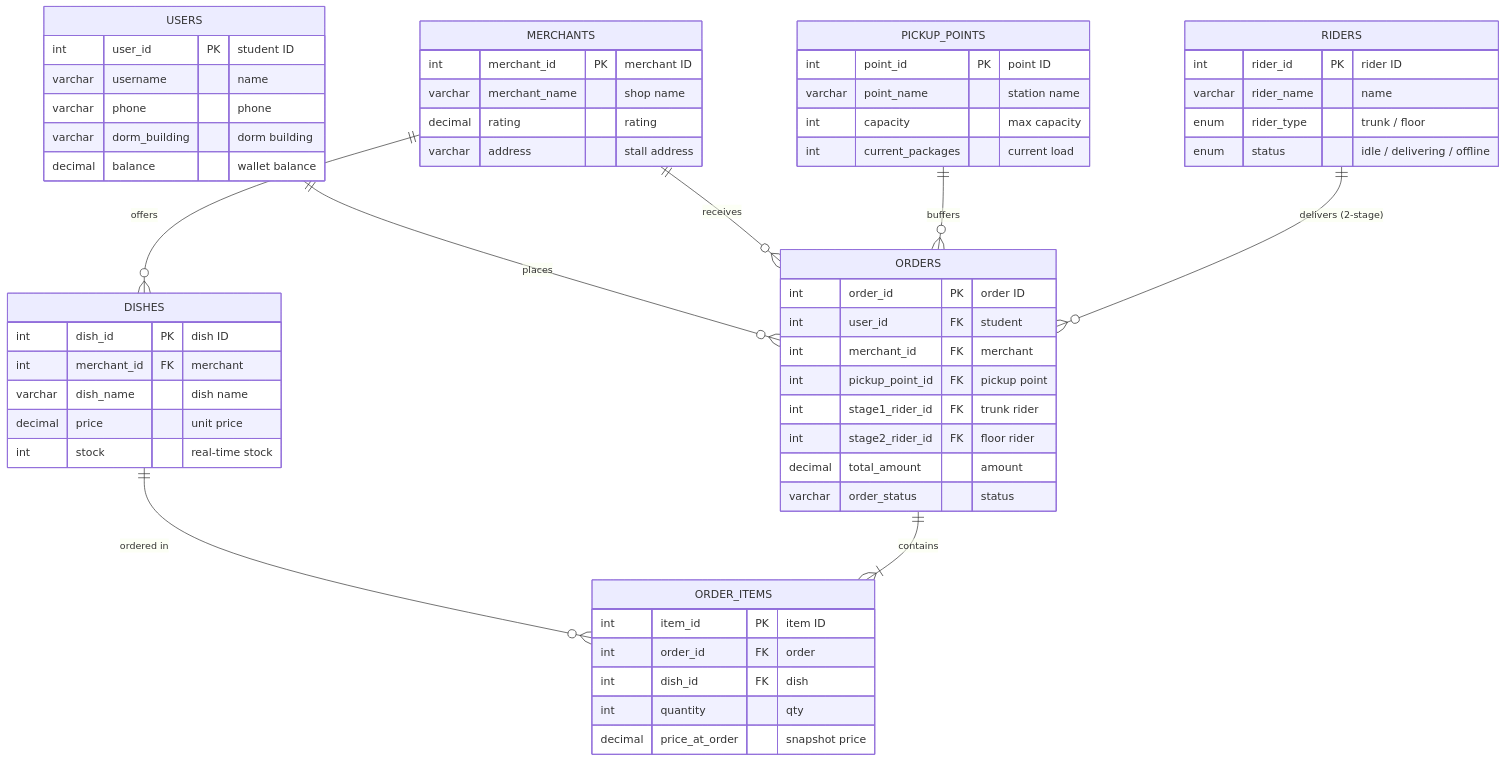
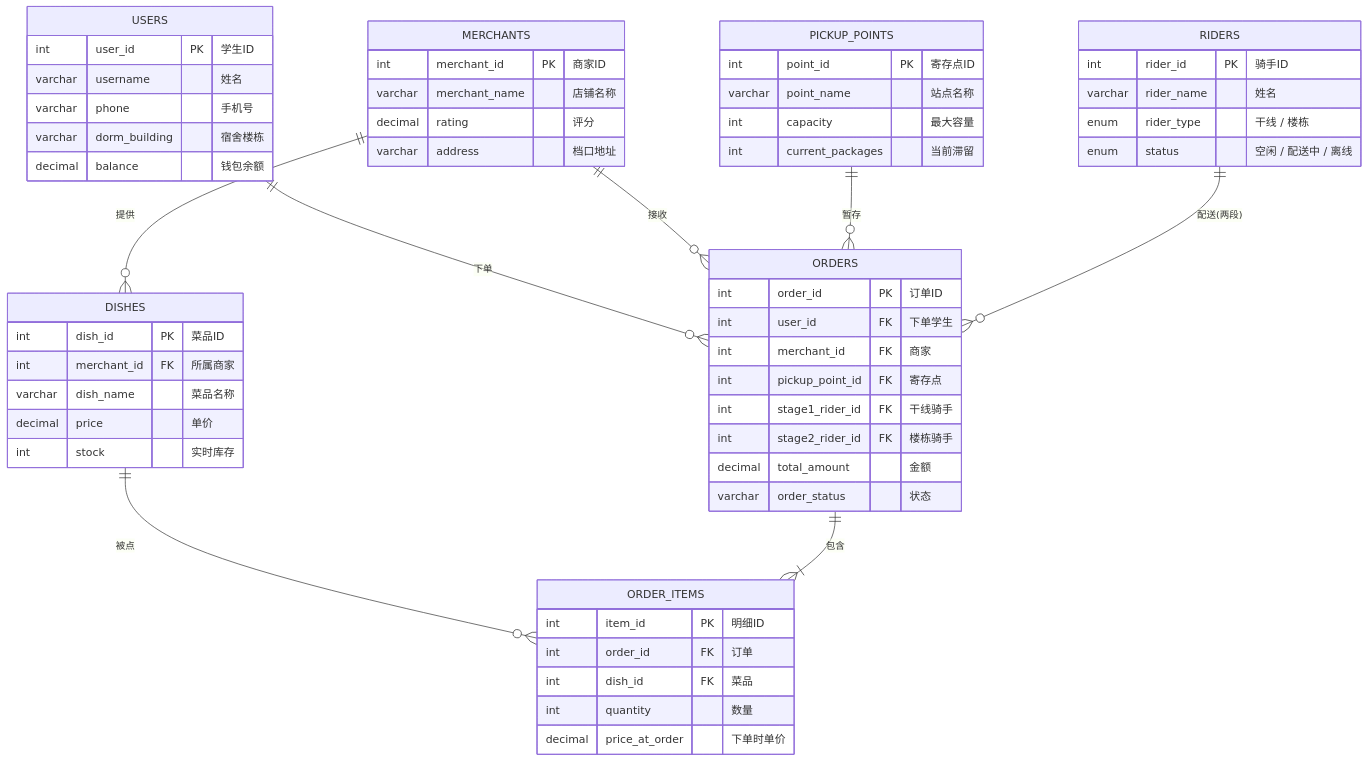
The diagram in README.md (sou1maker/database), drawn with Mermaid before and after one commit. The commit also changed other lines of this file and 2 other files, not shown here.

````diff
--- a/README.md
+++ b/README.md
@@ -51,66 +51,66 @@
 ```mermaid
 erDiagram
-    USERS ||--o{ ORDERS : "places"
-    MERCHANTS ||--o{ DISHES : "offers"
-    MERCHANTS ||--o{ ORDERS : "receives"
-    DISHES ||--o{ ORDER_ITEMS : "ordered in"
-    ORDERS ||--|{ ORDER_ITEMS : "contains"
-    PICKUP_POINTS ||--o{ ORDERS : "buffers"
-    RIDERS ||--o{ ORDERS : "delivers (2-stage)"
+    USERS ||--o{ ORDERS : "下单"
+    MERCHANTS ||--o{ DISHES : "提供"
+    MERCHANTS ||--o{ ORDERS : "接收"
+    DISHES ||--o{ ORDER_ITEMS : "被点"
+    ORDERS ||--|{ ORDER_ITEMS : "包含"
+    PICKUP_POINTS ||--o{ ORDERS : "暂存"
+    RIDERS ||--o{ ORDERS : "配送(两段)"
 
     USERS {
-        int user_id PK "student ID"
-        varchar username "name"
-        varchar phone "phone"
-        varchar dorm_building "dorm building"
-        decimal balance "wallet balance"
+        int user_id PK "学生ID"
+        varchar username "姓名"
+        varchar phone "手机号"
+        varchar dorm_building "宿舍楼栋"
+        decimal balance "钱包余额"
     }
 
     MERCHANTS {
-        int merchant_id PK "merchant ID"
-        varchar merchant_name "shop name"
-        decimal rating "rating"
-        varchar address "stall address"
+        int merchant_id PK "商家ID"
+        varchar merchant_name "店铺名称"
+        decimal rating "评分"
+        varchar address "档口地址"
     }
 
     DISHES {
-        int dish_id PK "dish ID"
-        int merchant_id FK "merchant"
-        varchar dish_name "dish name"
-        decimal price "unit price"
-        int stock "real-time stock"
+        int dish_id PK "菜品ID"
+        int merchant_id FK "所属商家"
+        varchar dish_name "菜品名称"
+        decimal price "单价"
+        int stock "实时库存"
     }
 
     PICKUP_POINTS {
-        int point_id PK "point ID"
-        varchar point_name "station name"
-        int capacity "max capacity"
-        int current_packages "current load"
+        int point_id PK "寄存点ID"
+        varchar point_name "站点名称"
+        int capacity "最大容量"
+        int current_packages "当前滞留"
     }
 
     RIDERS {
-        int rider_id PK "rider ID"
-        varchar rider_name "name"
-        enum rider_type "trunk / floor"
-        enum status "idle / delivering / offline"
+        int rider_id PK "骑手ID"
+        varchar rider_name "姓名"
+        enum rider_type "干线 / 楼栋"
+        enum status "空闲 / 配送中 / 离线"
     }
 
     ORDERS {
-        int order_id PK "order ID"
-        int user_id FK "student"
-        int merchant_id FK "merchant"
-        int pickup_point_id FK "pickup point"
-        int stage1_rider_id FK "trunk rider"
-        int stage2_rider_id FK "floor rider"
-        decimal total_amount "amount"
-        varchar order_status "status"
+        int order_id PK "订单ID"
+        int user_id FK "下单学生"
+        int merchant_id FK "商家"
+        int pickup_point_id FK "寄存点"
+        int stage1_rider_id FK "干线骑手"
+        int stage2_rider_id FK "楼栋骑手"
+        decimal total_amount "金额"
+        varchar order_status "状态"
     }
 
     ORDER_ITEMS {
-        int item_id PK "item ID"
-        int order_id FK "order"
-        int dish_id FK "dish"
-        int quantity "qty"
-        decimal price_at_order "snapshot price"
+        int item_id PK "明细ID"
+        int order_id FK "订单"
+        int dish_id FK "菜品"
+        int quantity "数量"
+        decimal price_at_order "下单时单价"
     }
 ```
````
